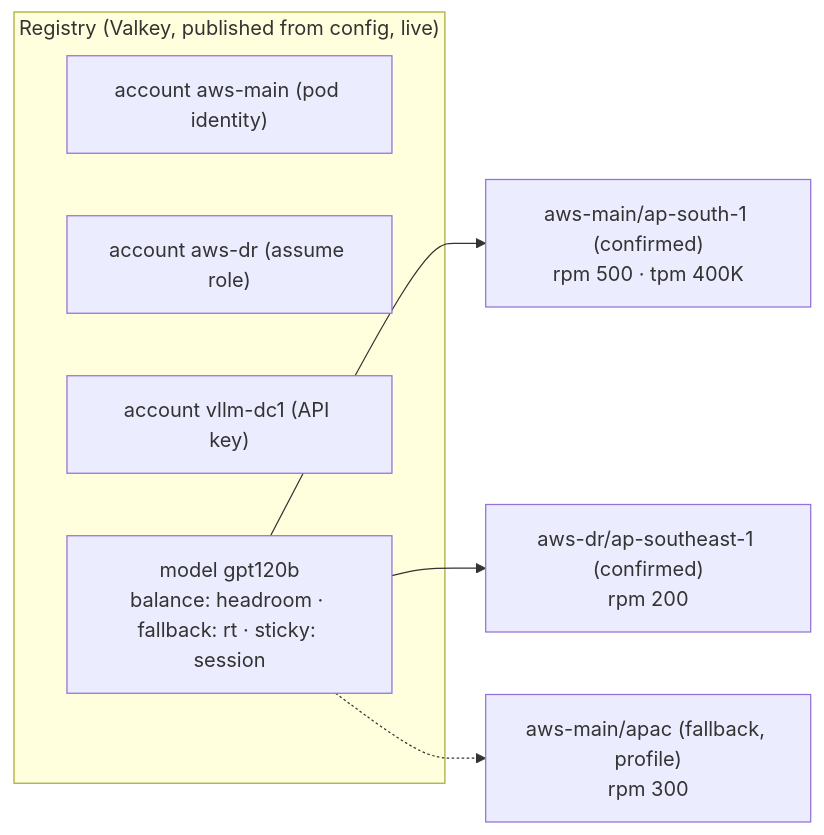
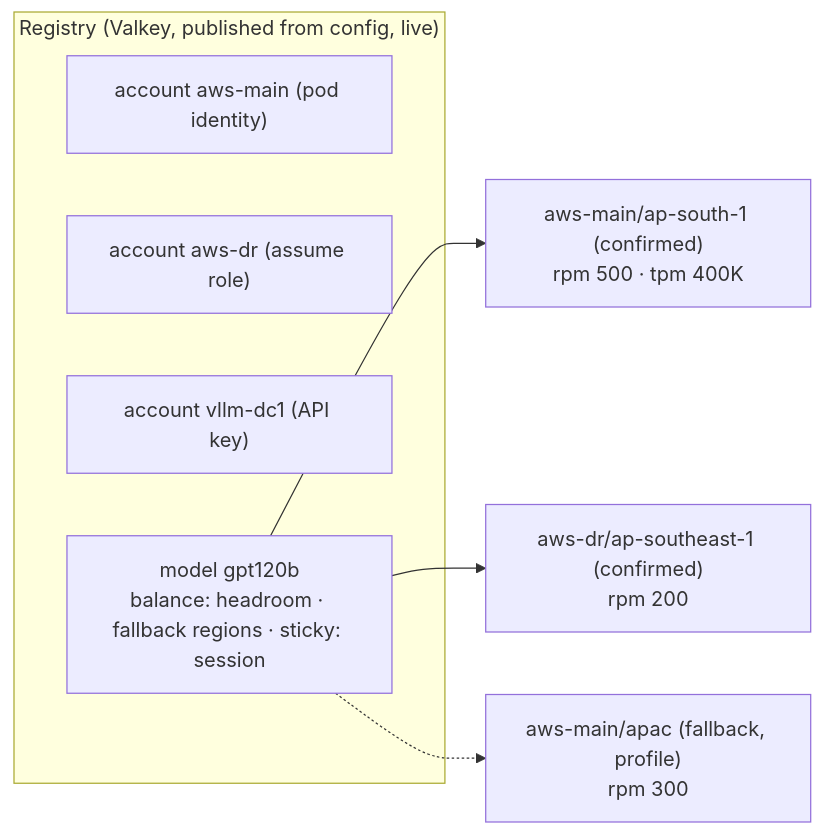
Before and after one commit to techiewonk/taskiq-llm-queue: the first of 9 diagrams in docs/ACCOUNT_ROUTING_PLAN.md, drawn with Mermaid. The commit also changed other lines of this file, not shown here.

First line of the commit message:
Plan: one config document, no lanes, optional model fallback

````diff
--- a/docs/ACCOUNT_ROUTING_PLAN.md
+++ b/docs/ACCOUNT_ROUTING_PLAN.md
@@ -59,12 +59,12 @@
 ```mermaid
 flowchart LR
   subgraph REG["Registry (Valkey, published from config, live)"]
     A1["account aws-main (pod identity)"]
     A2["account aws-dr (assume role)"]
     A3["account vllm-dc1 (API key)"]
-    M["model gpt120b<br/>balance: headroom · fallback: rt · sticky: session"]
+    M["model gpt120b<br/>balance: headroom · fallback regions · sticky: session"]
   end
   M --> D1["aws-main/ap-south-1 (confirmed)<br/>rpm 500 · tpm 400K"]
   M --> D2["aws-dr/ap-southeast-1 (confirmed)<br/>rpm 200"]
   M -.-> D3["aws-main/apac (fallback, profile)<br/>rpm 300"]
 ```
````
